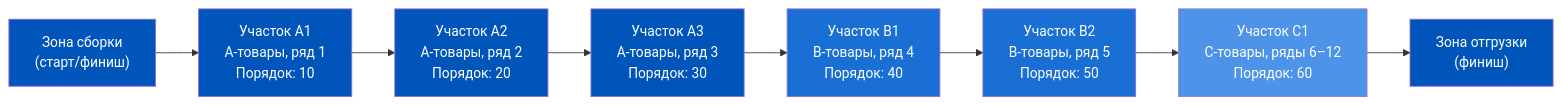
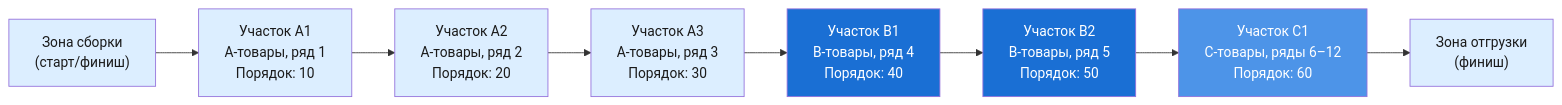
One commit to murad1986/1c-erp-quartz changed the fourth of 6 diagrams in content/1c-erp/week_4/Неделя 4 - День 6 - Практикум по топологии склада.md. Above: the diagram before and after it, drawn with Mermaid. The commit also changed other lines of this file and 57 other files, not shown here.

First line of the commit message:
fix: Mermaid — пастельные цвета в источниках диаграмм (56 файлов)

````diff
--- a/content/1c-erp/week_4/Неделя 4 - День 6 - Практикум по топологии склада.md
+++ b/content/1c-erp/week_4/Неделя 4 - День 6 - Практикум по топологии склада.md
@@ -264,19 +264,19 @@
 ```mermaid
 graph LR
     Start["Зона сборки<br/>(старт/финиш)"] --> A1["Участок A1<br/>A-товары, ряд 1<br/>Порядок: 10"]
     A1 --> A2["Участок A2<br/>A-товары, ряд 2<br/>Порядок: 20"]
     A2 --> A3["Участок A3<br/>A-товары, ряд 3<br/>Порядок: 30"]
     A3 --> B1["Участок B1<br/>B-товары, ряд 4<br/>Порядок: 40"]
     B1 --> B2["Участок B2<br/>B-товары, ряд 5<br/>Порядок: 50"]
     B2 --> C1["Участок C1<br/>C-товары, ряды 6–12<br/>Порядок: 60"]
     C1 --> End["Зона отгрузки<br/>(финиш)"]
 
-    style Start fill:#0055BB,color:#fff
-    style End fill:#0055BB,color:#fff
-    style A1 fill:#0055BB,color:#fff
-    style A2 fill:#0055BB,color:#fff
-    style A3 fill:#0055BB,color:#fff
+    style Start fill:#dceeff,color:#1a1a1a
+    style End fill:#dceeff,color:#1a1a1a
+    style A1 fill:#dceeff,color:#1a1a1a
+    style A2 fill:#dceeff,color:#1a1a1a
+    style A3 fill:#dceeff,color:#1a1a1a
     style B1 fill:#1a6fd4,color:#fff
     style B2 fill:#1a6fd4,color:#fff
     style C1 fill:#4d94e8,color:#fff
 ```
````
